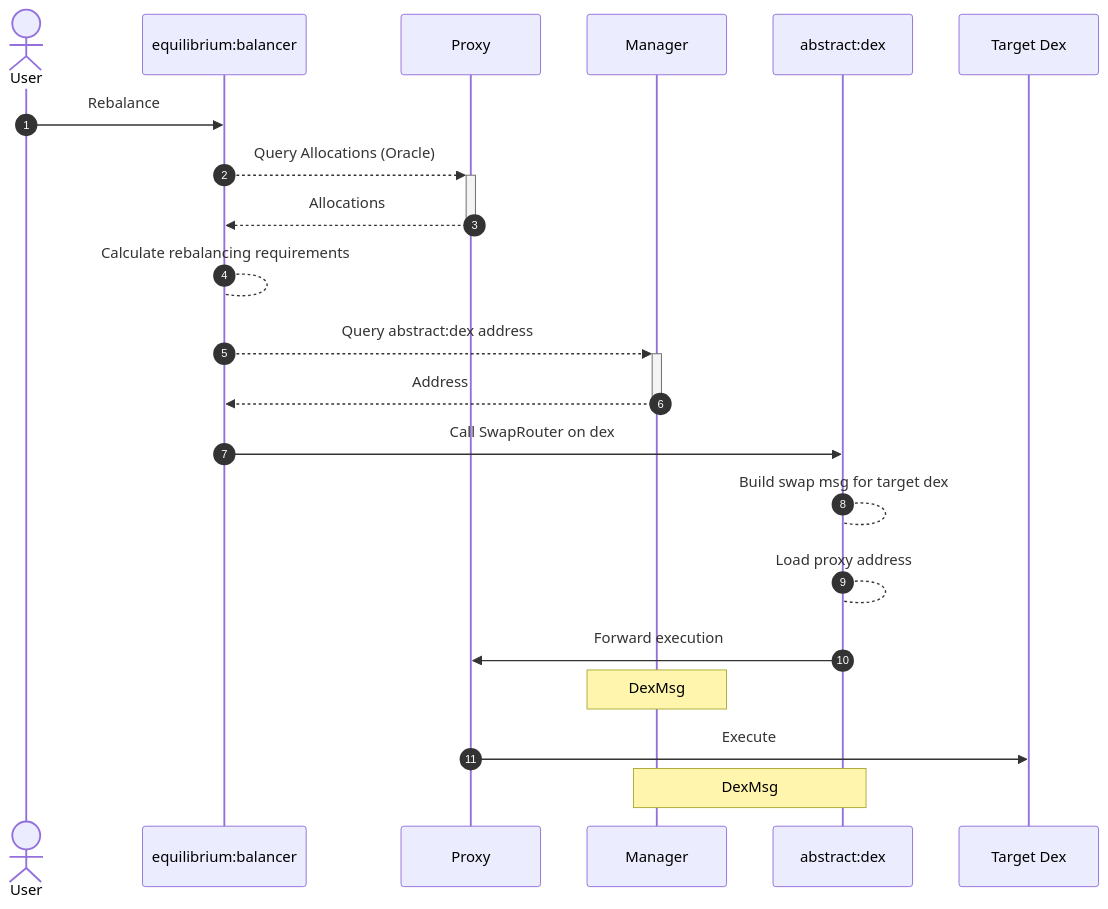
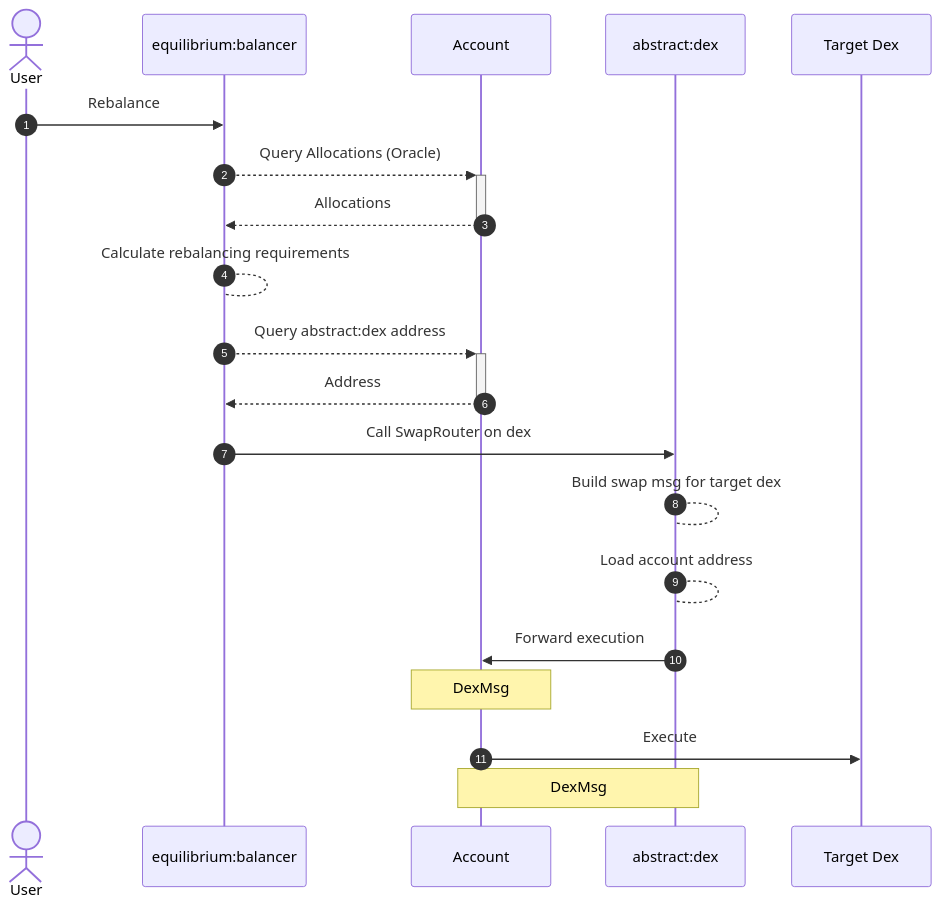
One commit to AbstractSDK/abstract changed the fourth of 4 diagrams in framework/docs/src/5_platform/5_module_factory.md. Above: the diagram before and after it, drawn with Mermaid. The commit also changed other lines of this file and 137 other files, not shown here.

````diff
--- a/framework/docs/src/5_platform/5_module_factory.md
+++ b/framework/docs/src/5_platform/5_module_factory.md
@@ -91,27 +90,26 @@
 ```mermaid
 sequenceDiagram
     autonumber
     actor U as User
     participant B as equilibrium:balancer
-    participant P as Proxy
-    participant M as Manager
+    participant A as Account
     participant D as abstract:dex
     participant T as Target Dex
 
     U ->> B: Rebalance
-    B -->>+ P: Query Allocations (Oracle)
-    P -->>- B: Allocations
+    B -->>+ A: Query Allocations (Oracle)
+    A -->>- B: Allocations
     B --> B: Calculate rebalancing requirements
 
-    B -->>+ M: Query abstract:dex address
-    M -->>- B: Address
+    B -->>+ A: Query abstract:dex address
+    A -->>- B: Address
 
     B ->> D: Call SwapRouter on dex
     D --> D: Build swap msg for target dex
-    D --> D: Load proxy address
+    D --> D: Load account address
 
-    D ->> P: Forward execution
-    Note over M: DexMsg
-    P ->> T: Execute
-    Note over D, M: DexMsg
+    D ->> A: Forward execution
+    Note over A: DexMsg
+    A ->> T: Execute
+    Note over D, A: DexMsg
 ```
````
